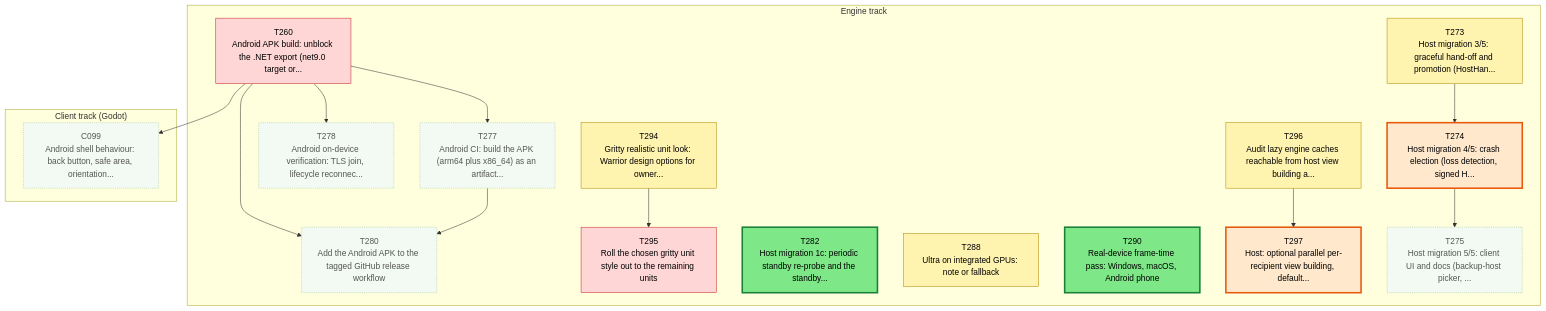
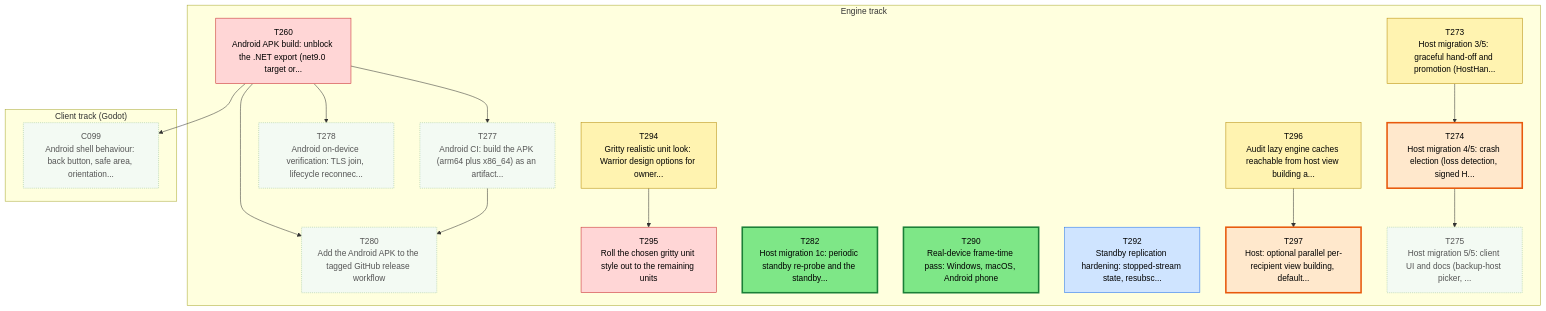
One commit to Kenmura/Unciv changed the first of 3 diagrams in csharp/migration/DEPENDENCY_MAP.md. Above: the diagram before and after it, drawn with Mermaid. The commit also changed other lines of this file and 1 other file, not shown here.

Commit message:
migration: T288 -> Needs-Review [Claude-T288]

````diff
--- a/csharp/migration/DEPENDENCY_MAP.md
+++ b/csharp/migration/DEPENDENCY_MAP.md
@@ -35,53 +35,53 @@
 ```mermaid
 flowchart TD
   subgraph TTRACK["Engine track"]
     T260["T260<br/>Android APK build: unblock the .NET export (net9.0 target or..."]
     T273["T273<br/>Host migration 3/5: graceful hand-off and promotion (HostHan..."]
     T274["T274<br/>Host migration 4/5: crash election (loss detection, signed H..."]
     T275["T275<br/>Host migration 5/5: client UI and docs (backup-host picker, ..."]
     T277["T277<br/>Android CI: build the APK (arm64 plus x86_64) as an artifact..."]
     T278["T278<br/>Android on-device verification: TLS join, lifecycle reconnec..."]
     T280["T280<br/>Add the Android APK to the tagged GitHub release workflow"]
     T282["T282<br/>Host migration 1c: periodic standby re-probe and the standby..."]
-    T288["T288<br/>Ultra on integrated GPUs: note or fallback"]
     T290["T290<br/>Real-device frame-time pass: Windows, macOS, Android phone"]
+    T292["T292<br/>Standby replication hardening: stopped-stream state, resubsc..."]
     T294["T294<br/>Gritty realistic unit look: Warrior design options for owner..."]
     T295["T295<br/>Roll the chosen gritty unit style out to the remaining units"]
     T296["T296<br/>Audit lazy engine caches reachable from host view building a..."]
     T297["T297<br/>Host: optional parallel per-recipient view building, default..."]
   end
   subgraph CTRACK["Client track (Godot)"]
     C099["C099<br/>Android shell behaviour: back button, safe area, orientation..."]
   end
   T273 --> T274
   T274 --> T275
   T260 --> T277
   T260 --> T278
   T260 --> T280
   T277 --> T280
   T294 --> T295
   T296 --> T297
   T260 --> C099
   classDef waiting fill:#f3faf3,stroke:#9bc49b,color:#555,stroke-dasharray:2 2
   classDef ondeck fill:#ffe8cc,stroke:#e8590c,stroke-width:3px,color:#000
   classDef ready fill:#7ee787,stroke:#1a7f37,stroke-width:3px,color:#000
   classDef prog fill:#fff3b0,stroke:#b58900,color:#000
   classDef review fill:#cfe4ff,stroke:#1f6feb,color:#000
   classDef blocked fill:#ffd6d6,stroke:#c62828,color:#000
   classDef done fill:#eeeeee,stroke:#999999,color:#666,stroke-dasharray:4 3
   class C099 waiting
   class T260 blocked
   class T273 prog
   class T274 ondeck
   class T275 waiting
   class T277 waiting
   class T278 waiting
   class T280 waiting
   class T282 ready
-  class T288 prog
   class T290 ready
+  class T292 review
   class T294 prog
   class T295 blocked
   class T296 prog
   class T297 ondeck
 ```
````
